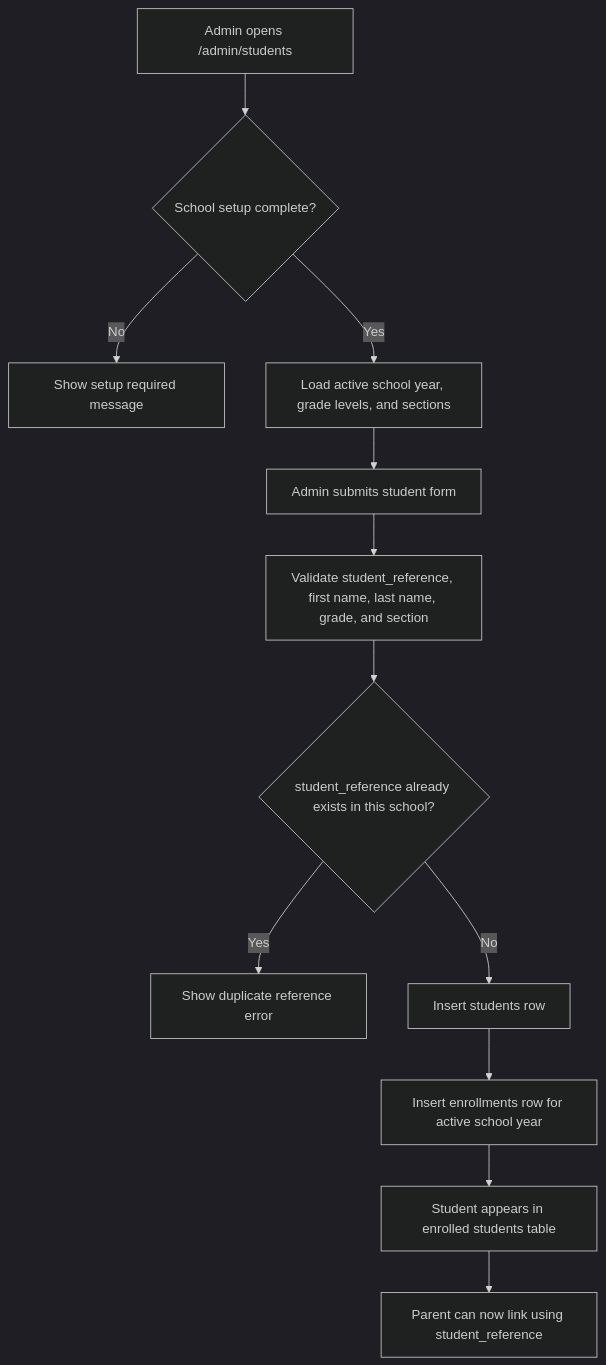
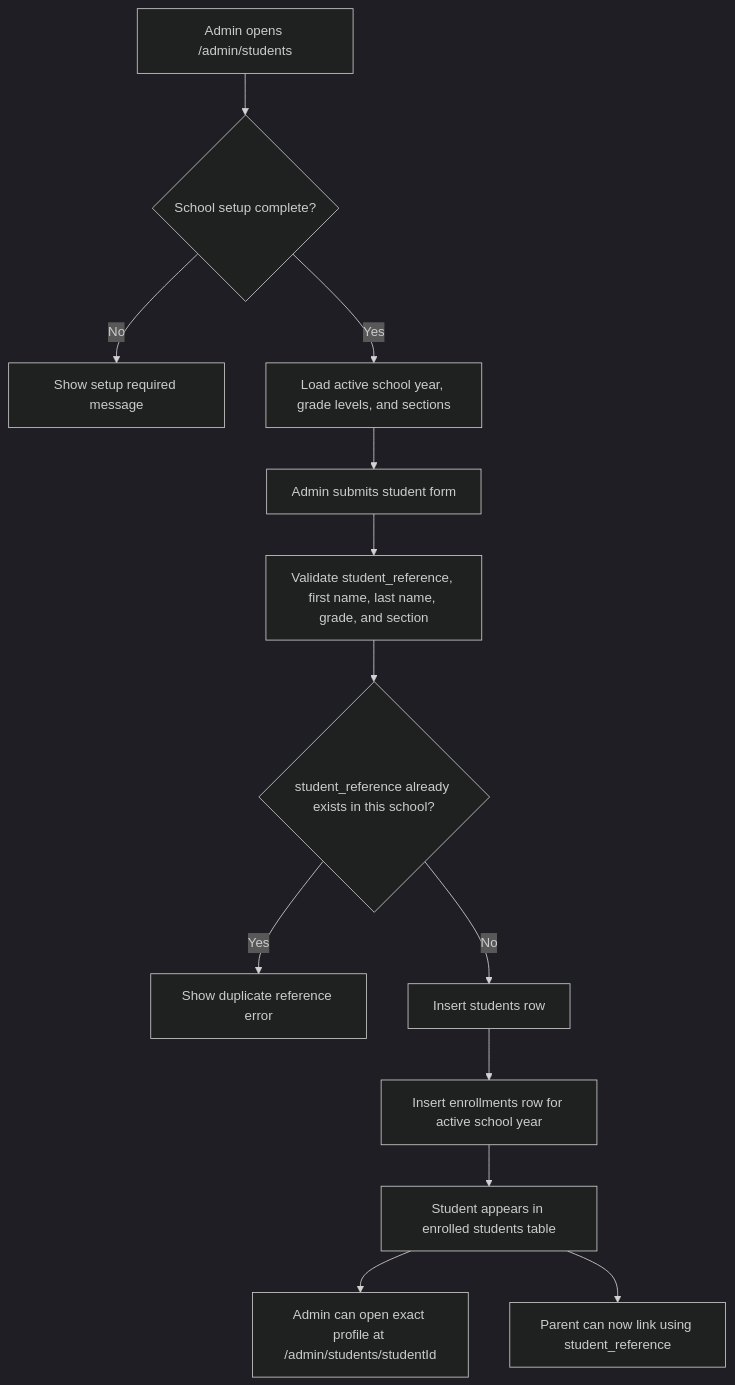
Before and after one commit to Xeyn19/xmetapay: the fifth of 14 diagrams in docs/PROJECT_FLOWCHARTS.md, drawn with Mermaid (dark theme). The commit also changed other lines of this file and 5 other files, not shown here.

````diff
--- a/docs/PROJECT_FLOWCHARTS.md
+++ b/docs/PROJECT_FLOWCHARTS.md
@@ -176,14 +177,15 @@
 ```mermaid
 flowchart TD
   A["Admin opens /admin/students"] --> B{"School setup complete?"}
   B -->|No| C["Show setup required message"]
   B -->|Yes| D["Load active school year, grade levels, and sections"]
   D --> E["Admin submits student form"]
   E --> F["Validate student_reference, first name, last name, grade, and section"]
   F --> G{"student_reference already exists in this school?"}
   G -->|Yes| H["Show duplicate reference error"]
   G -->|No| I["Insert students row"]
   I --> J["Insert enrollments row for active school year"]
   J --> K["Student appears in enrolled students table"]
-  K --> L["Parent can now link using student_reference"]
+  K --> L["Admin can open exact profile at /admin/students/studentId"]
+  K --> M["Parent can now link using student_reference"]
 ```
````
